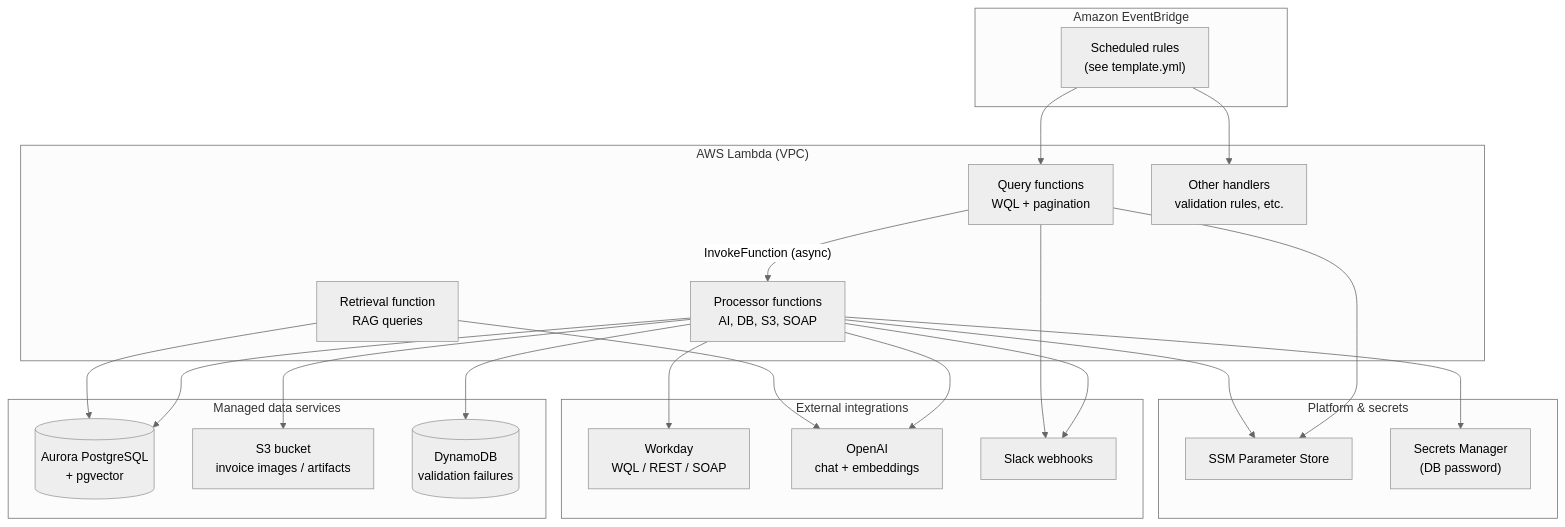
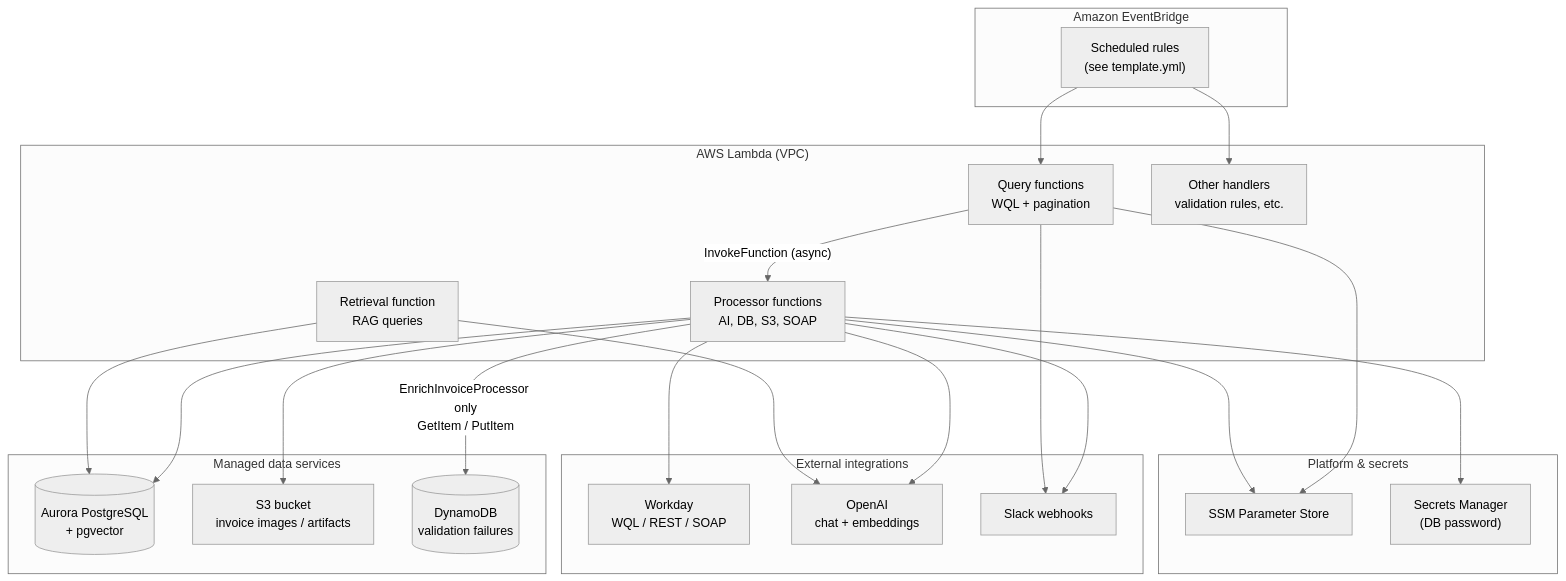
Before and after one commit to pgahq/finance-agent: the first of 6 diagrams in docs/adr/0001-finance-agent-serverless-architecture.md, drawn with Mermaid (neutral theme). The commit also changed other lines of this file, not shown here.

````diff
--- a/docs/adr/0001-finance-agent-serverless-architecture.md
+++ b/docs/adr/0001-finance-agent-serverless-architecture.md
@@ -35,46 +35,46 @@
 ```mermaid
 flowchart TB
   subgraph Schedules["Amazon EventBridge"]
     EV["Scheduled rules<br/>(see template.yml)"]
   end
 
   subgraph Compute["AWS Lambda (VPC)"]
     Q["Query functions<br/>WQL + pagination"]
     P["Processor functions<br/>AI, DB, S3, SOAP"]
     R["Retrieval function<br/>RAG queries"]
     O["Other handlers<br/>validation rules, etc."]
   end
 
   subgraph Data["Managed data services"]
     PG[("Aurora PostgreSQL<br/>+ pgvector")]
     S3["S3 bucket<br/>invoice images / artifacts"]
     DDB[("DynamoDB<br/>validation failures")]
   end
 
   subgraph External["External integrations"]
     WD["Workday<br/>WQL / REST / SOAP"]
     OAI["OpenAI<br/>chat + embeddings"]
     SL["Slack webhooks"]
   end
 
   subgraph Platform["Platform & secrets"]
     SSM["SSM Parameter Store"]
     SM["Secrets Manager<br/>(DB password)"]
   end
 
   EV --> Q
   EV --> O
   Q -->|"InvokeFunction (async)"| P
   P --> WD
   P --> OAI
   P --> PG
   P --> S3
-  P --> DDB
+  P -->|"EnrichInvoiceProcessor only<br/>GetItem / PutItem"| DDB
   R --> PG
   R --> OAI
   Q --> SSM
   P --> SSM
   P --> SM
   P --> SL
   Q --> SL
 ```
````
